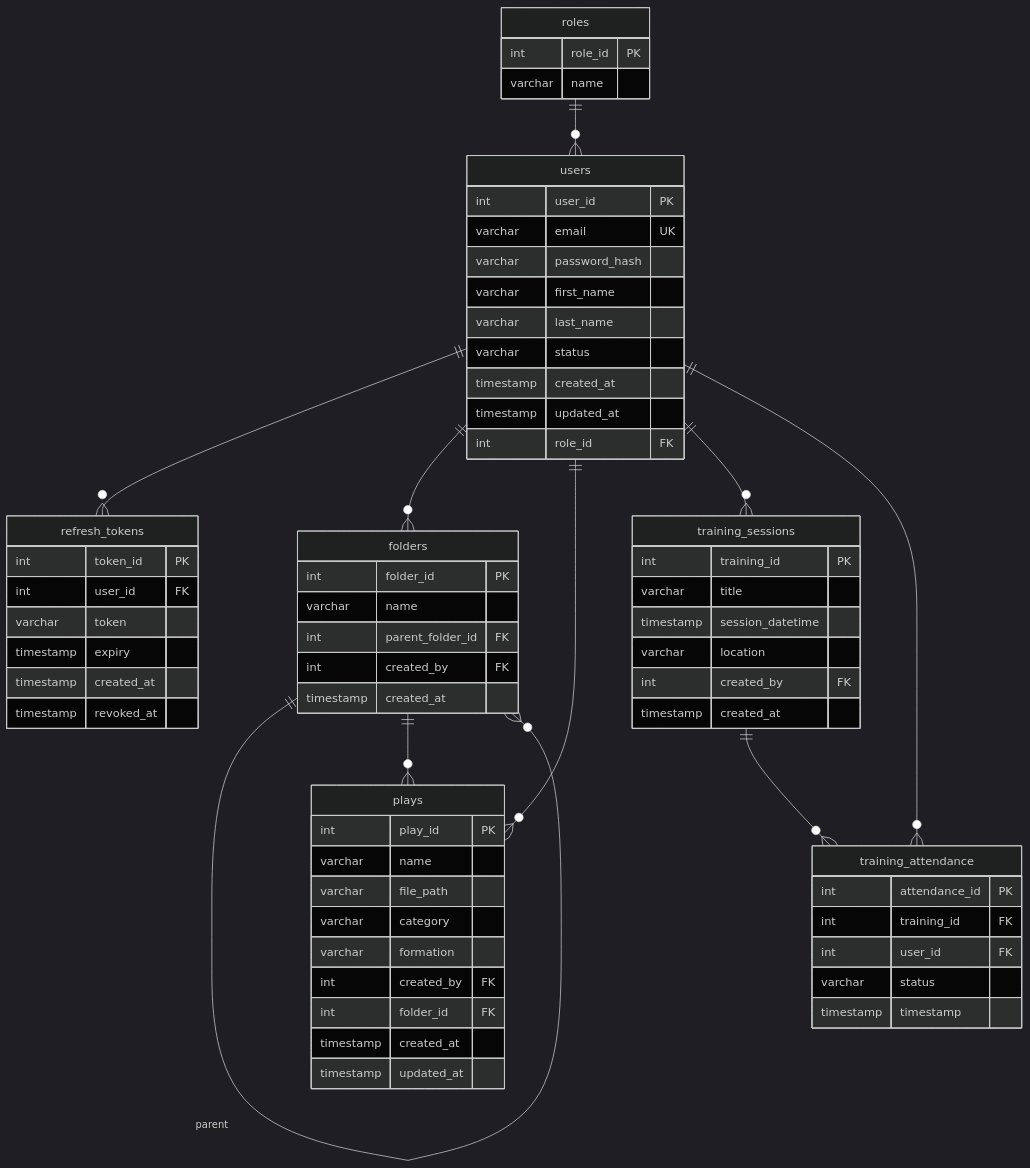
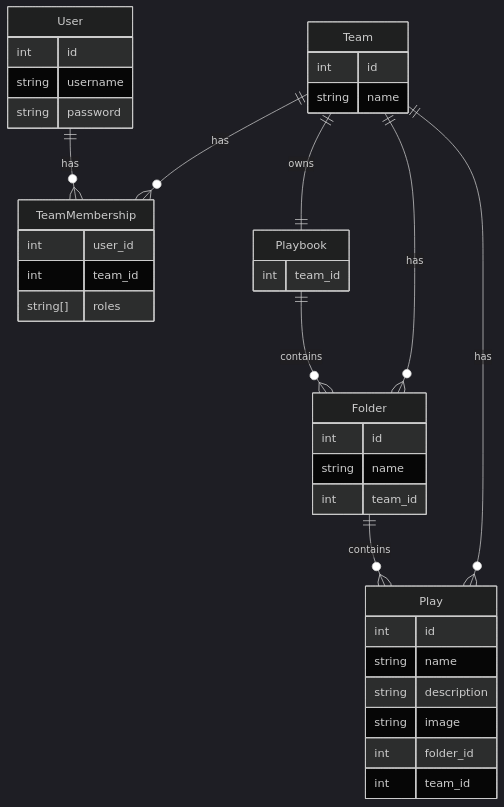
Before and after one commit to Z-kk-0/football-website: the diagram in README.md, drawn with Mermaid (dark theme).

````diff
--- a/README.md
+++ b/README.md
@@ -61,77 +61,50 @@
 ```mermaid
 
 erDiagram
-  roles {
-    int role_id PK
-    varchar name
+
+  User {
+    int id
+    string username
+    string password
   }
 
-  users {
-    int user_id PK
-    varchar email UK
-    varchar password_hash
-    varchar first_name
-    varchar last_name
-    varchar status
-    timestamp created_at
-    timestamp updated_at
-    int role_id FK
+  Team {
+    int id
+    string name
   }
 
-  refresh_tokens {
-    int token_id PK
-    int user_id FK
-    varchar token
-    timestamp expiry
-    timestamp created_at
-    timestamp revoked_at
+  TeamMembership {
+    int user_id
+    int team_id
+    string[] roles
   }
 
-  folders {
-    int folder_id PK
-    varchar name
-    int parent_folder_id FK
-    int created_by FK
-    timestamp created_at
+  Playbook {
+    int team_id
   }
 
-  plays {
-    int play_id PK
-    varchar name
-    varchar file_path
-    varchar category
-    varchar formation
-    int created_by FK
-    int folder_id FK
-    timestamp created_at
-    timestamp updated_at
+  Folder {
+    int id
+    string name
+    int team_id
   }
 
-  training_sessions {
-    int training_id PK
-    varchar title
-    timestamp session_datetime
-    varchar location
-    int created_by FK
-    timestamp created_at
+  Play {
+    int id
+    string name
+    string description
+    string image
+    int folder_id
+    int team_id
   }
 
-  training_attendance {
-    int attendance_id PK
-    int training_id FK
-    int user_id FK
-    varchar status
-    timestamp timestamp
-  }
+  User ||--o{ TeamMembership : has
+  Team ||--o{ TeamMembership : has
+  Team ||--|| Playbook : owns
+  Playbook ||--o{ Folder : contains
+  Folder ||--o{ Play : contains
+  Team ||--o{ Folder : has
+  Team ||--o{ Play : has
 
-  roles ||--o{ users : ""
-  users ||--o{ refresh_tokens : ""
-  users ||--o{ folders : ""
-  folders ||--o{ folders : "parent"
-  folders ||--o{ plays : ""
-  users ||--o{ plays : ""
-  users ||--o{ training_sessions : ""
-  training_sessions ||--o{ training_attendance : ""
-  users ||--o{ training_attendance : ""
 
 ```
````
